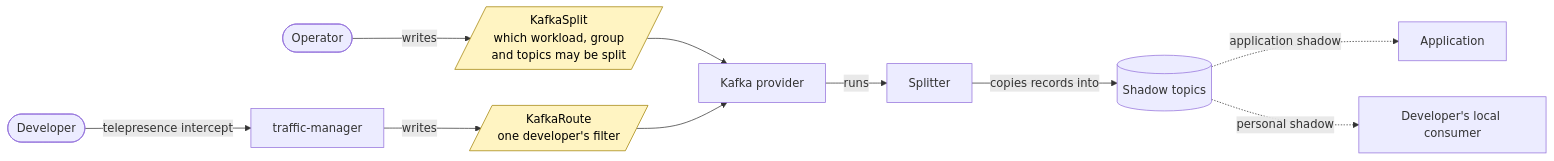
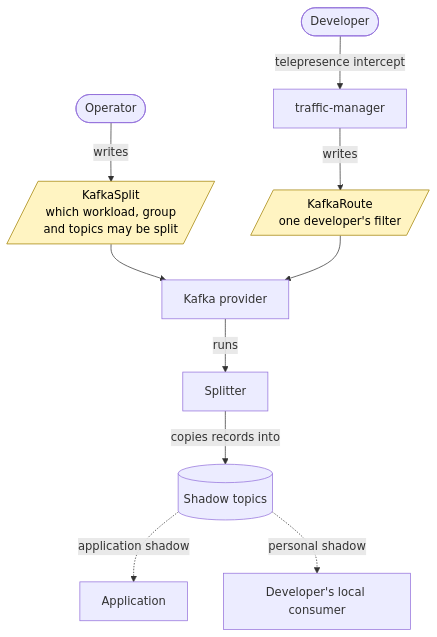
One commit to telepresenceio/telepresence changed the first of 5 diagrams in docs/concepts/kafka-intercepts.md. Above: the diagram before and after it, drawn with Mermaid. The commit also changed other lines of this file, not shown here.

Commit message:
Lay out the Kafka concept diagrams top-down

````diff
--- a/docs/concepts/kafka-intercepts.md
+++ b/docs/concepts/kafka-intercepts.md
@@ -18,14 +18,14 @@
 ```mermaid
-flowchart LR
+flowchart TB
   op([Operator]) -- "writes" --> split[/"KafkaSplit<br/>which workload, group<br/>and topics may be split"/]
   dev([Developer]) -- "telepresence intercept" --> tm["traffic-manager"]
   tm -- "writes" --> route[/"KafkaRoute<br/>one developer's filter"/]
   split --> prov["Kafka provider"]
   route --> prov
   prov -- "runs" --> splitter["Splitter"]
   splitter -- "copies records into" --> shadows[("Shadow topics")]
   shadows -. "application shadow" .-> app["Application"]
   shadows -. "personal shadow" .-> local["Developer's local consumer"]
   classDef resource fill:#fff4c2,stroke:#a08000,color:#000
   class split,route resource
 ```
````
